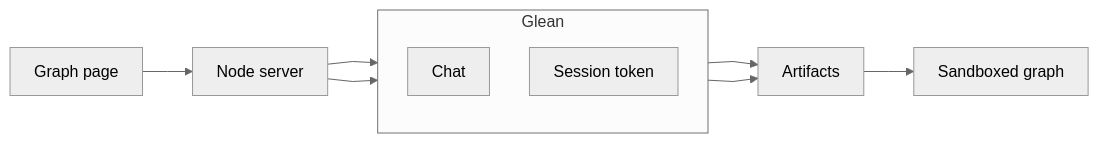
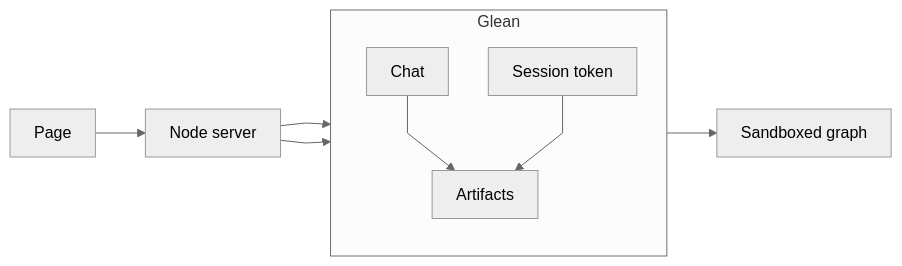
The diagram in README.md (alex-mahabir-glean/example-html-artifact-render), drawn with Mermaid before and after one commit. The commit also changed other lines of this file and 20 other files, not shown here.

````diff
--- a/README.md
+++ b/README.md
@@ -11,15 +11,16 @@
 ```mermaid
 %%{init: {"theme": "neutral", "flowchart": {"curve": "linear", "padding": 12, "nodeSpacing": 40, "rankSpacing": 50}}}%%
 flowchart LR
-  page[Graph page] --> server[Node server]
+  page[Page] --> server[Node server]
+  server --> chat
+  server --> session
   subgraph glean [Glean]
     direction TB
     chat[Chat]
     session[Session token]
+    artifacts[Artifacts]
   end
-  server --> chat
-  server --> session
-  chat --> artifacts[Artifacts]
+  chat --> artifacts
   session --> artifacts
   artifacts --> view[Sandboxed graph]
 ```
````
